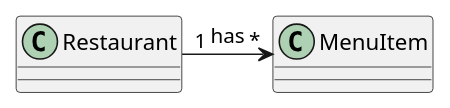
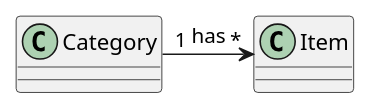
Before and after one commit to sonnenfeld269/item-catalog: the diagram in doc/model.pu, drawn with PlantUML. The commit also changed 3 other files, not shown here.

```diff
--- a/doc/model.pu
+++ b/doc/model.pu
@@ -1,3 +1,3 @@
 @startuml
-Restaurant "1" -> "*" MenuItem : has
+Category "1" -> "*" Item : has
 @enduml
```
